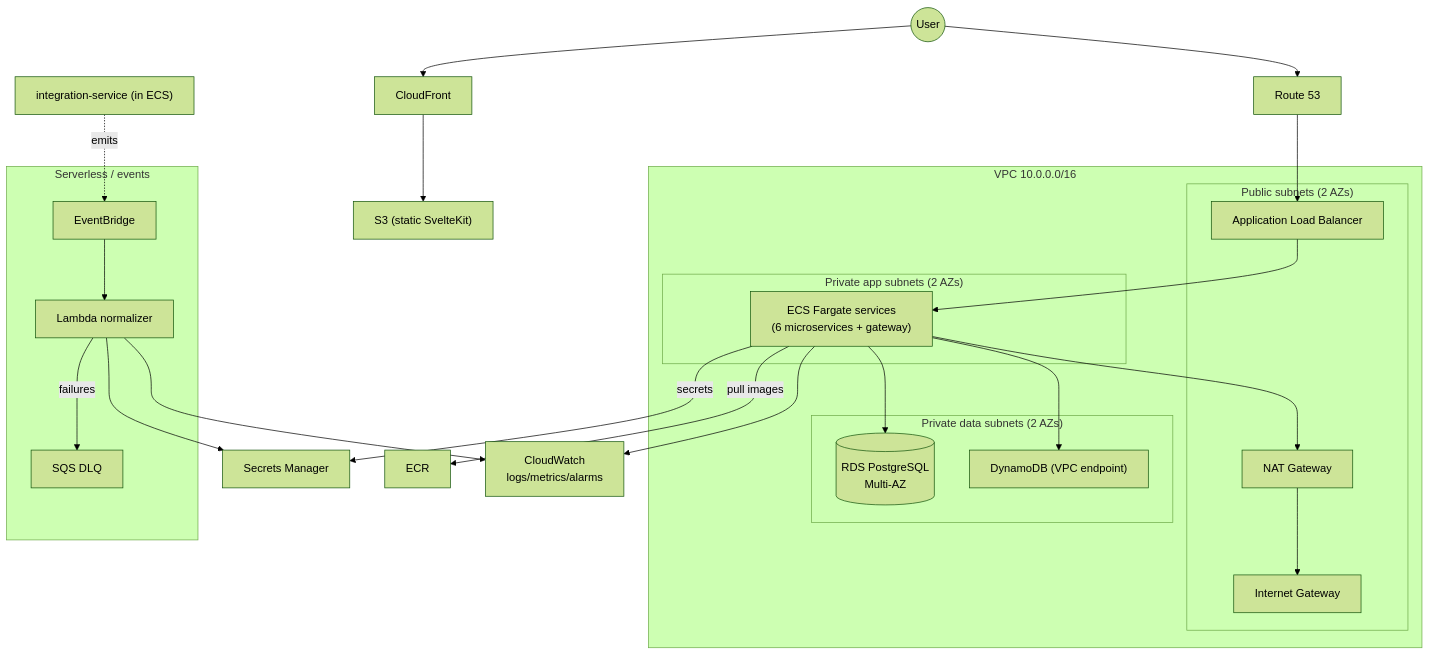
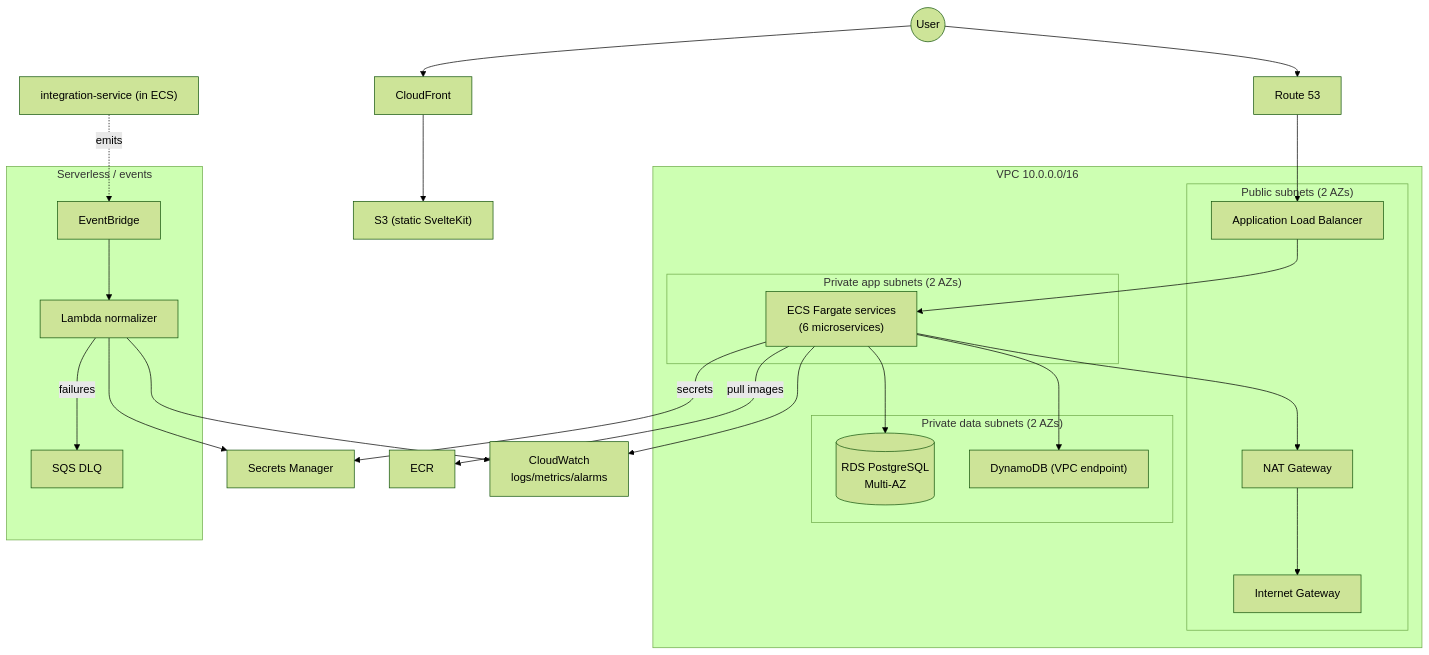
The fifth of 10 diagrams in docs/03-diagrams.md (rohitvats26/habitloop), drawn with Mermaid (forest theme) before and after one commit. The commit also changed other lines of this file and 121 other files, not shown here.

````diff
--- a/docs/03-diagrams.md
+++ b/docs/03-diagrams.md
@@ -186,46 +183,46 @@
 ```mermaid
 flowchart TB
     User(("User"))
     User --> CF["CloudFront"]
     CF --> S3["S3 (static SvelteKit)"]
     User --> R53["Route 53"]
 
     subgraph VPC["VPC 10.0.0.0/16"]
         subgraph PUB["Public subnets (2 AZs)"]
             IGW["Internet Gateway"]
             ALB["Application Load Balancer"]
             NAT["NAT Gateway"]
         end
         subgraph APP["Private app subnets (2 AZs)"]
-            ECS["ECS Fargate services<br/>(6 microservices + gateway)"]
+            ECS["ECS Fargate services<br/>(6 microservices)"]
         end
         subgraph DATA["Private data subnets (2 AZs)"]
             RDS[("RDS PostgreSQL<br/>Multi-AZ")]
             DDBE["DynamoDB (VPC endpoint)"]
         end
     end
 
     subgraph Serverless["Serverless / events"]
         EB["EventBridge"]
         LAM["Lambda normalizer"]
         DLQ["SQS DLQ"]
     end
 
     SM["Secrets Manager"]
     ECR["ECR"]
     CW["CloudWatch<br/>logs/metrics/alarms"]
 
     R53 --> ALB
     ALB --> ECS
     ECS --> RDS
     ECS --> DDBE
     ECS -->|pull images| ECR
     ECS -->|secrets| SM
     ECS --> NAT --> IGW
     IS2["integration-service (in ECS)"] -. emits .-> EB
     EB --> LAM
     LAM -->|failures| DLQ
     LAM --> SM
     ECS --> CW
     LAM --> CW
 ```
````
